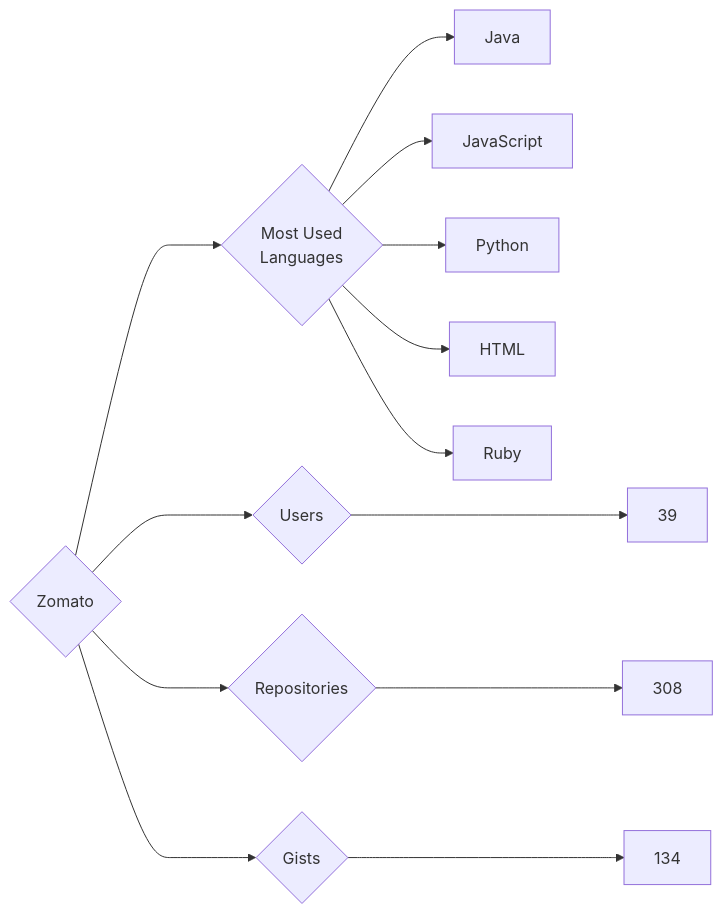
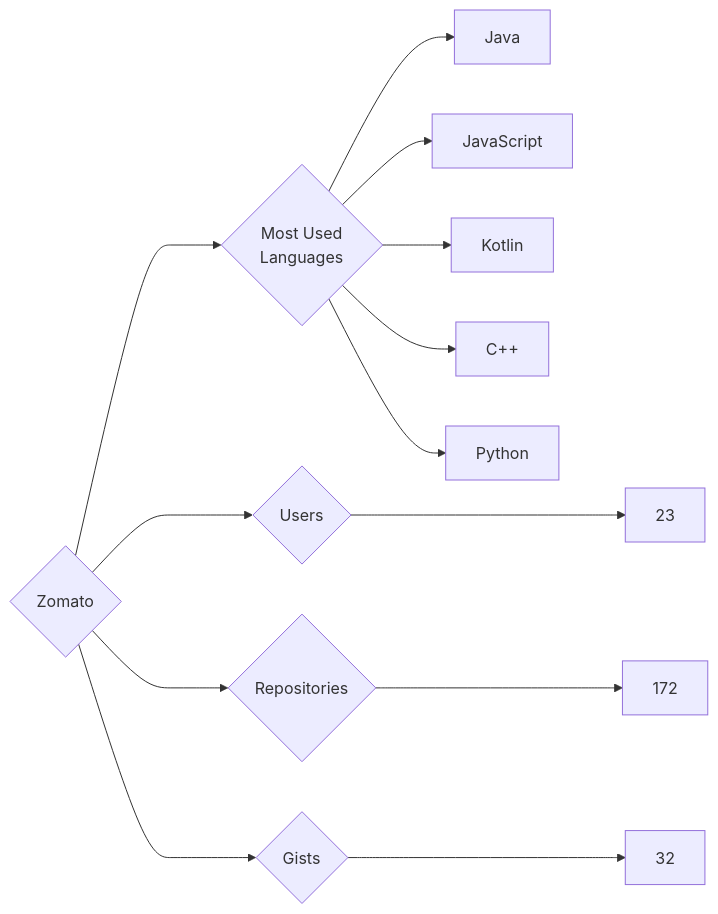
Before and after one commit to trickest/insiders: the diagram in targets/Zomato/README.md, drawn with Mermaid. The commit also changed 1011 other files, not shown here.

````diff
--- a/targets/Zomato/README.md
+++ b/targets/Zomato/README.md
@@ -3,13 +3,13 @@
 ```mermaid
 graph LR
 COMPANY_NAME{Zomato}
-COMPANY_NAME ---> U{Users} ---> UN[39]
-COMPANY_NAME ---> R{Repositories} ---> RN[308]
-COMPANY_NAME ---> G{Gists} ---> GN[134]
+COMPANY_NAME ---> U{Users} ---> UN[23]
+COMPANY_NAME ---> R{Repositories} ---> RN[172]
+COMPANY_NAME ---> G{Gists} ---> GN[32]
 COMPANY_NAME ---> ML{Most Used<br>Languages}
 ML --> Java[Java]
 ML --> JavaScript[JavaScript]
+ML --> Kotlin[Kotlin]
+ML --> C++[C++]
 ML --> Python[Python]
-ML --> HTML[HTML]
-ML --> Ruby[Ruby]
 ```
````
